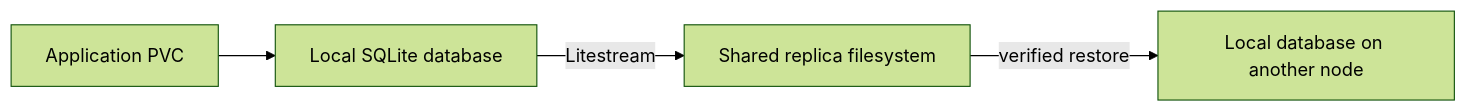
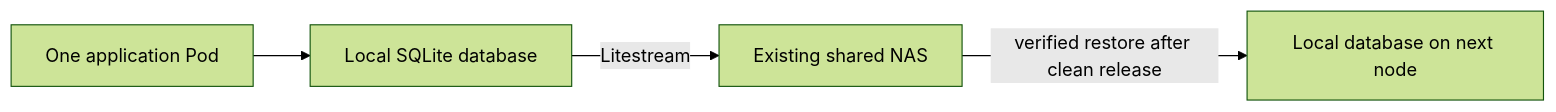
One commit to Pukata/csi-driver-sqlite changed the diagram in README.md. Above: the diagram before and after it, drawn with Mermaid (forest theme). The commit also changed other lines of this file and 3 other files, not shown here.

````diff
--- a/README.md
+++ b/README.md
@@ -53,6 +17,6 @@
 ```mermaid
 flowchart LR
-    App[Application PVC] --> Local[Local SQLite database]
-    Local -->|Litestream| Shared[Shared replica filesystem]
-    Shared -->|verified restore| Next[Local database on another node]
+    App[One application Pod] --> Local[Local SQLite database]
+    Local -->|Litestream| NAS[Existing shared NAS]
+    NAS -->|verified restore after clean release| Next[Local database on next node]
 ```
````
